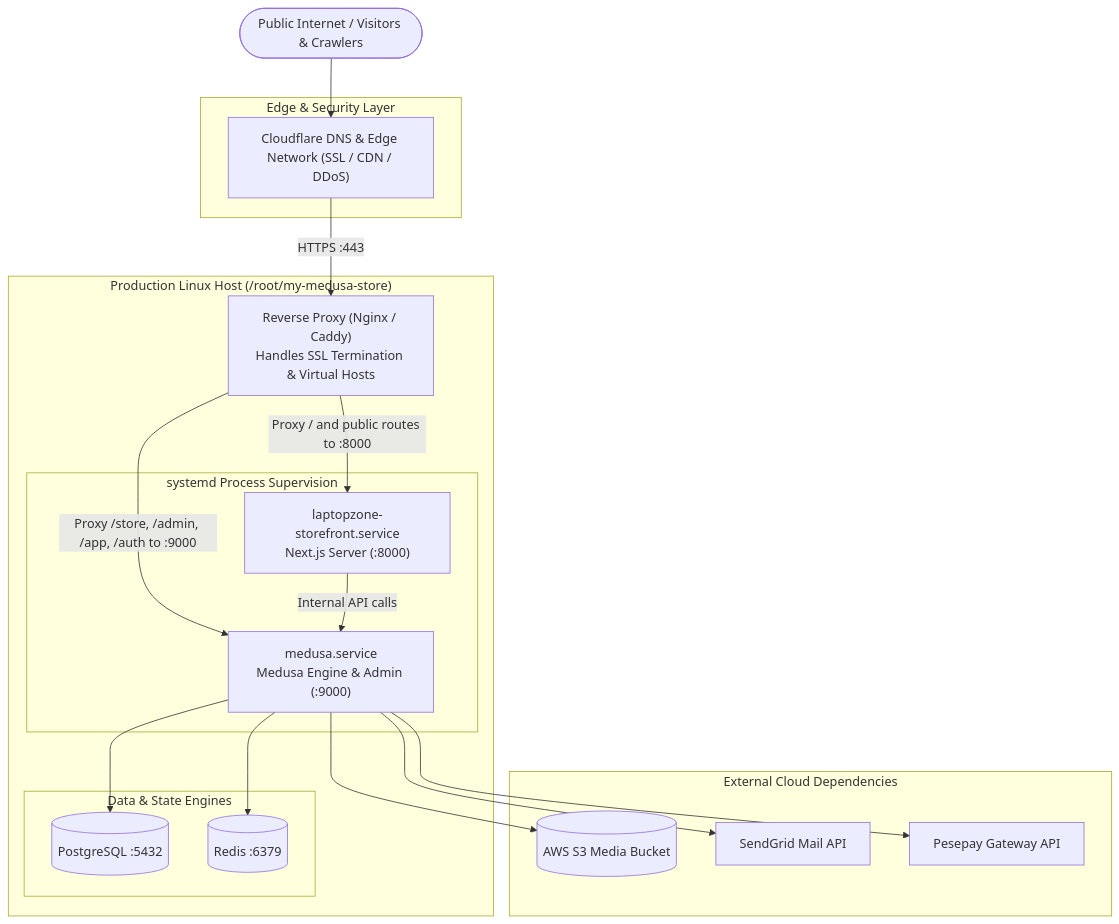
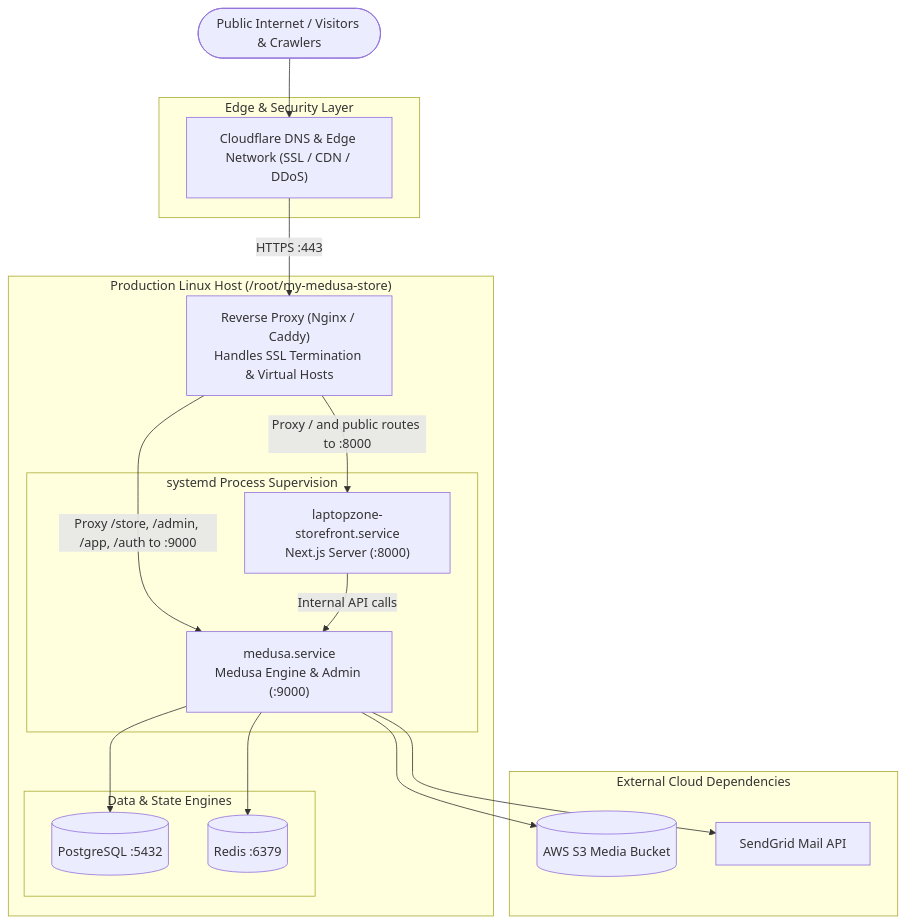
The diagram in docs/deployment/architecture.md (dzapengagodwin/TriSolar), drawn with Mermaid before and after one commit. The commit also changed 41 other files, not shown here.

````diff
--- a/docs/deployment/architecture.md
+++ b/docs/deployment/architecture.md
@@ -12,41 +12,39 @@
 ```mermaid
 flowchart TD
     Internet([Public Internet / Visitors & Crawlers])
     
     subgraph EdgeLayer["Edge & Security Layer"]
         Cloudflare["Cloudflare DNS & Edge Network (SSL / CDN / DDoS)"]
     end
 
     subgraph HostServer["Production Linux Host (/root/my-medusa-store)"]
         ReverseProxy["Reverse Proxy (Nginx / Caddy)\nHandles SSL Termination & Virtual Hosts"]
         
         subgraph SystemdSupervision["systemd Process Supervision"]
             StorefrontService["laptopzone-storefront.service\nNext.js Server (:8000)"]
             MedusaService["medusa.service\nMedusa Engine & Admin (:9000)"]
         end
 
         subgraph LocalInfrastructure["Data & State Engines"]
             Postgres[(PostgreSQL :5432)]
             Redis[(Redis :6379)]
         end
     end
 
     subgraph CloudServices["External Cloud Dependencies"]
         S3Bucket[(AWS S3 Media Bucket)]
         SendGridAPI[SendGrid Mail API]
-        PesepayAPI[Pesepay Gateway API]
     end
 
     Internet --> Cloudflare
     Cloudflare -->|HTTPS :443| ReverseProxy
 
     ReverseProxy -->|Proxy / and public routes to :8000| StorefrontService
     ReverseProxy -->|Proxy /store, /admin, /app, /auth to :9000| MedusaService
 
     StorefrontService -->|Internal API calls| MedusaService
     MedusaService --> Postgres
     MedusaService --> Redis
     MedusaService --> S3Bucket
     MedusaService --> SendGridAPI
-    MedusaService --> PesepayAPI
 ```
````
